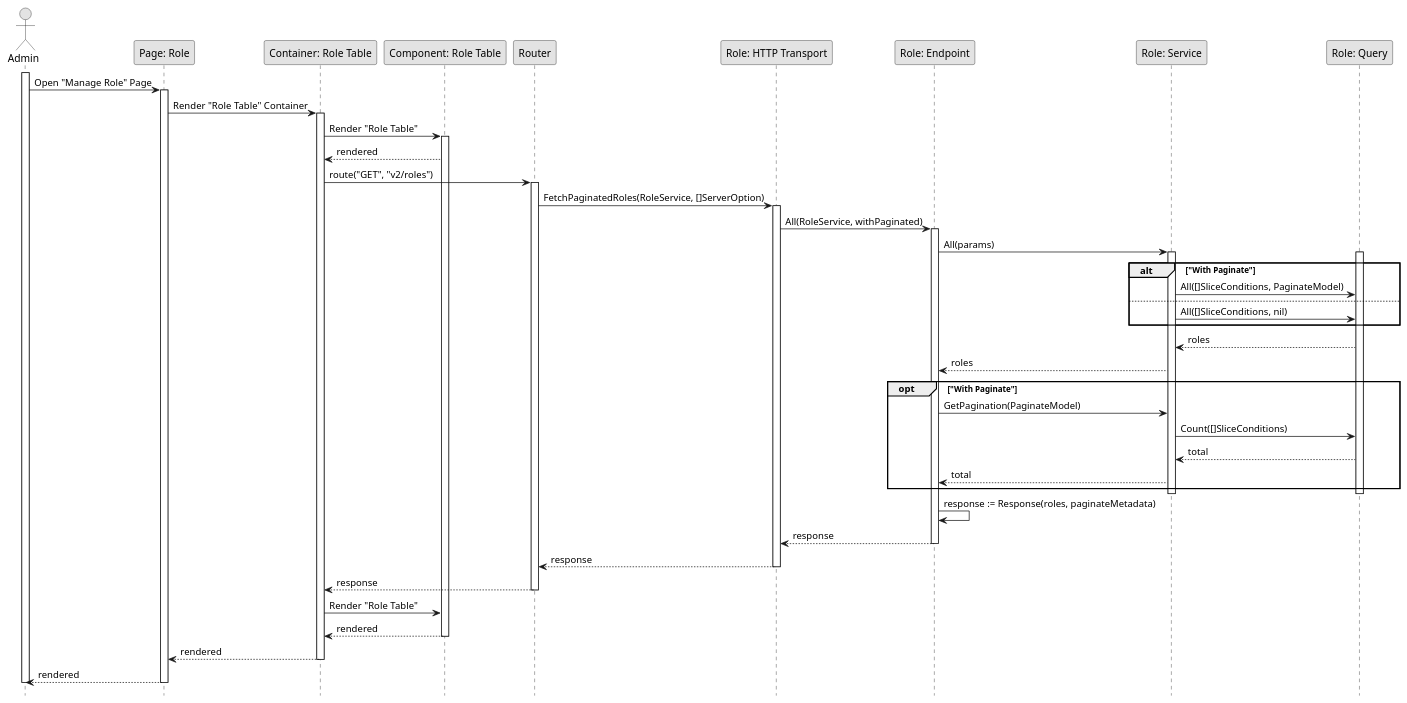
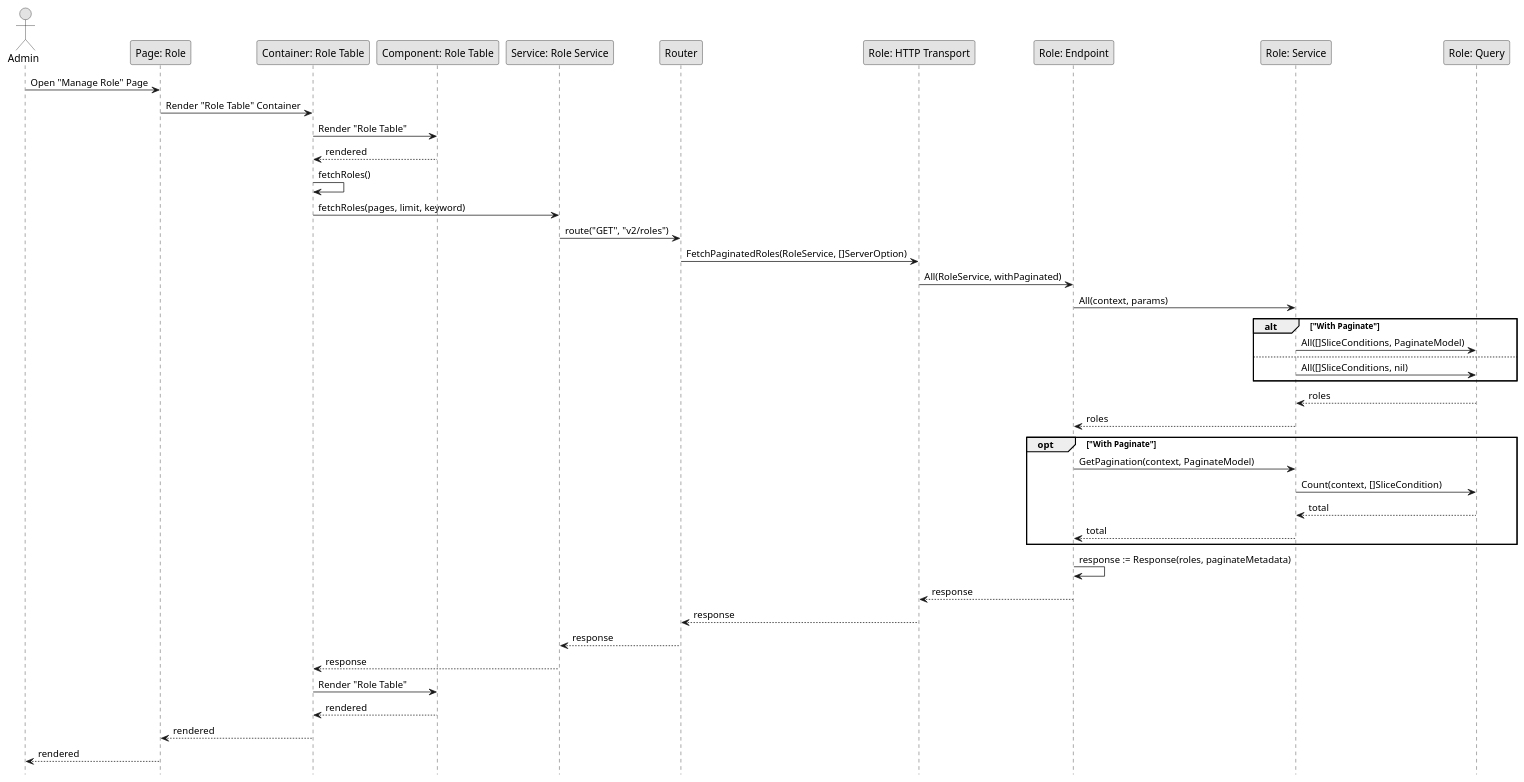
The diagram in Sequence/Release01/GetRole.wsd (fwidjaya20/fazzlearning-uml), drawn with PlantUML before and after one commit. The commit also changed 38 other files, not shown here.

Commit message:
fix(sequence): fix invalid sequence flow

```diff
--- a/Sequence/Release01/GetRole.wsd
+++ b/Sequence/Release01/GetRole.wsd
@@ -1,70 +1,54 @@
 @startuml GetRole
 
 skinparam Monochrome true
 skinparam Shadowing false
 hide footbox
 
 actor Admin
 participant "Page: Role" as RolePage
 participant "Container: Role Table" as RoleTableContainer
 participant "Component: Role Table" as RoleTable
+participant "Service: Role Service" as FERoleService
 participant "Router" as Router
 participant "Role: HTTP Transport" as RoleHTTPTransport
 participant "Role: Endpoint" as RoleEndpoint
 participant "Role: Service" as RoleService
 participant "Role: Query" as RoleQuery
 
-activate Admin
+Admin->RolePage: Open "Manage Role" Page
+RolePage->RoleTableContainer: Render "Role Table" Container
+RoleTableContainer->RoleTable: Render "Role Table"
+RoleTable-->RoleTableContainer: rendered
+RoleTableContainer->RoleTableContainer: fetchRoles()
+RoleTableContainer->FERoleService: fetchRoles(pages, limit, keyword)
+FERoleService->Router: route("GET", "v2/roles")
+Router->RoleHTTPTransport: FetchPaginatedRoles(RoleService, []ServerOption)
+RoleHTTPTransport->RoleEndpoint: All(RoleService, withPaginated)
+RoleEndpoint->RoleService: All(context, params)
 
-Admin->RolePage: Open "Manage Role" Page
-activate RolePage
-RolePage->RoleTableContainer: Render "Role Table" Container
-activate RoleTableContainer
-RoleTableContainer->RoleTable: Render "Role Table"
-activate RoleTable
-RoleTable-->RoleTableContainer: rendered
-RoleTableContainer->Router: route("GET", "v2/roles")
-activate Router
-Router->RoleHTTPTransport: FetchPaginatedRoles(RoleService, []ServerOption)
-activate RoleHTTPTransport
-RoleHTTPTransport->RoleEndpoint: All(RoleService, withPaginated)
-activate RoleEndpoint
-RoleEndpoint->RoleService: All(params)
-
-activate RoleService
-activate RoleQuery
 alt "With Paginate"
     RoleService->RoleQuery: All([]SliceConditions, PaginateModel)
 else
     RoleService->RoleQuery: All([]SliceConditions, nil)
 end
 RoleQuery-->RoleService: roles
 RoleService-->RoleEndpoint: roles
 
 opt "With Paginate"
-    RoleEndpoint->RoleService: GetPagination(PaginateModel)
-    RoleService->RoleQuery: Count([]SliceConditions)
+    RoleEndpoint->RoleService: GetPagination(context, PaginateModel)
+    RoleService->RoleQuery: Count(context, []SliceCondition)
     RoleQuery-->RoleService: total
     RoleService-->RoleEndpoint: total
 end
-deactivate RoleQuery
-deactivate RoleService
 
 RoleEndpoint->RoleEndpoint: response := Response(roles, paginateMetadata)
 RoleEndpoint-->RoleHTTPTransport: response
-deactivate RoleEndpoint
 RoleHTTPTransport-->Router: response
-deactivate RoleHTTPTransport
-Router-->RoleTableContainer: response
-deactivate Router
+Router-->FERoleService: response
+FERoleService-->RoleTableContainer: response
 RoleTableContainer->RoleTable: Render "Role Table"
 RoleTable-->RoleTableContainer: rendered
-deactivate RoleTable
 RoleTableContainer-->RolePage: rendered
-deactivate RoleTableContainer
 RolePage-->Admin: rendered
-deactivate RolePage
-
-deactivate Admin
 
 @enduml
```
